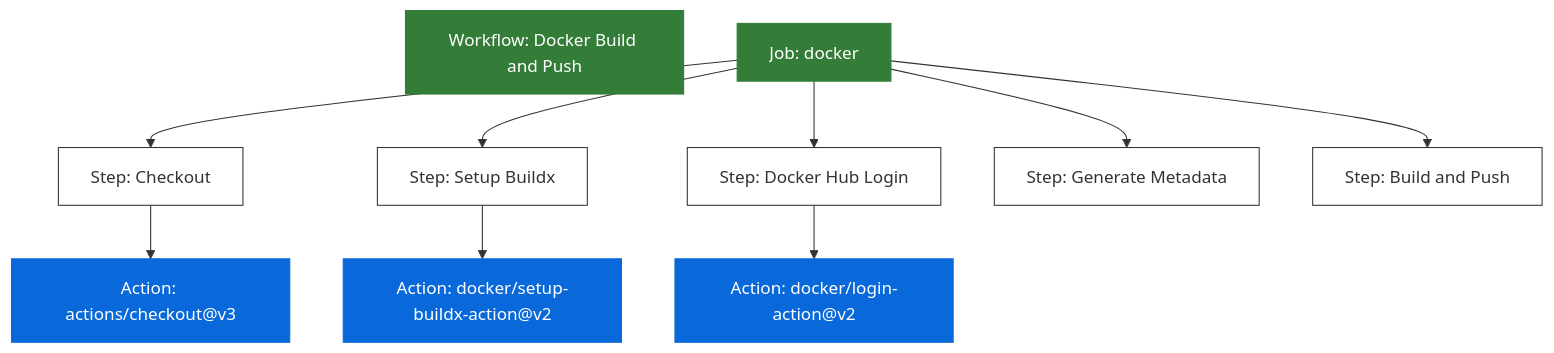
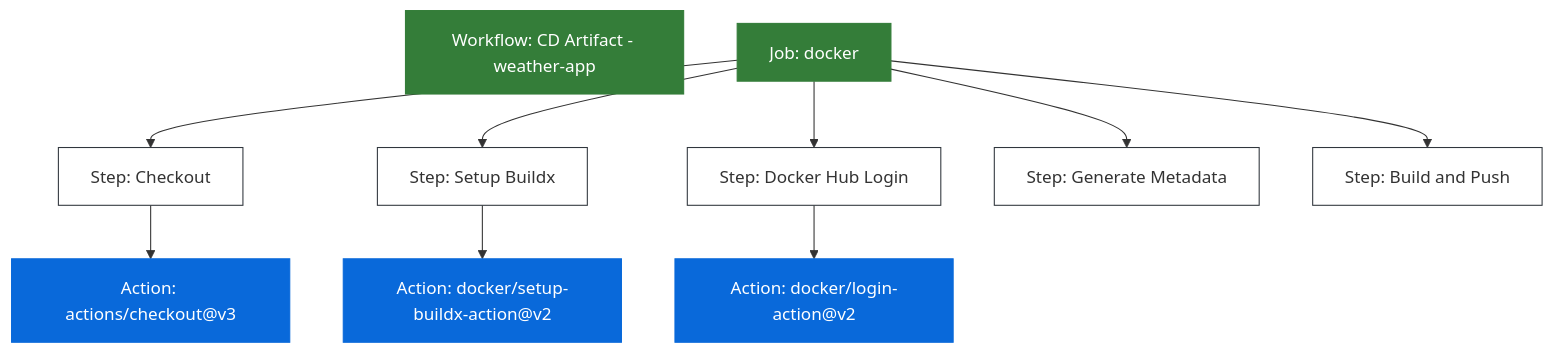
One commit to wguzik/basiccicd changed the diagram in README-artefakty.md. Above: the diagram before and after it, drawn with Mermaid. The commit also changed other lines of this file, not shown here.

First line of the commit message:
Cd 03 artifact desc (#26)

````diff
--- a/README-artefakty.md
+++ b/README-artefakty.md
@@ -178,26 +177,26 @@
 ```mermaid
 graph TD
-    A[Workflow: Docker Build and Push]
+    A[Workflow: CD Artifact - weather-app]
     B[Job: docker]
     
     B --> C[Step: Checkout]
     B --> D[Step: Setup Buildx]
     B --> E[Step: Docker Hub Login]
     B --> F[Step: Generate Metadata]
     B --> G[Step: Build and Push]
     
     C --> H[Action: actions/checkout@v3]
     D --> I[Action: docker/setup-buildx-action@v2]
     E --> J[Action: docker/login-action@v2]
     
     style A fill:#347d39,stroke:#347d39,color:#ffffff
     style B fill:#347d39,stroke:#347d39,color:#ffffff
     style C fill:#ffffff,stroke:#30363d
     style D fill:#ffffff,stroke:#30363d
     style E fill:#ffffff,stroke:#30363d
     style F fill:#ffffff,stroke:#30363d
     style G fill:#ffffff,stroke:#30363d
     style H fill:#0969da,stroke:#0969da,color:#ffffff
     style I fill:#0969da,stroke:#0969da,color:#ffffff
     style J fill:#0969da,stroke:#0969da,color:#ffffff
 ```
````
